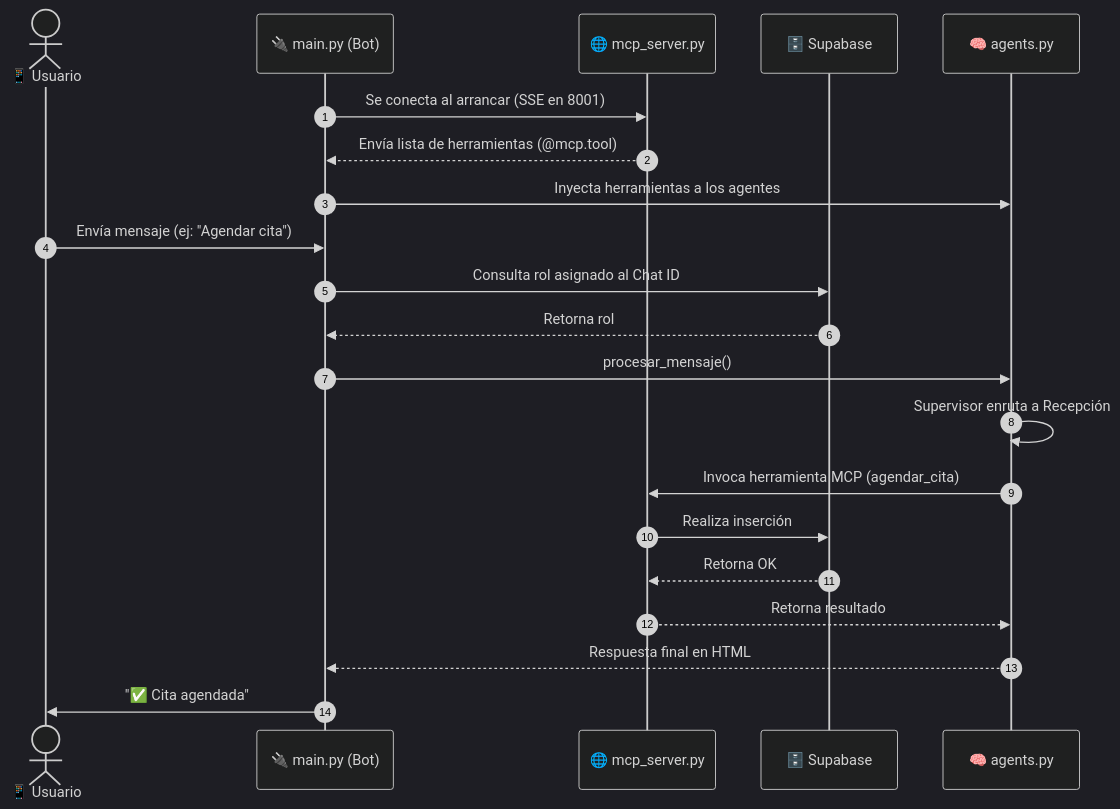
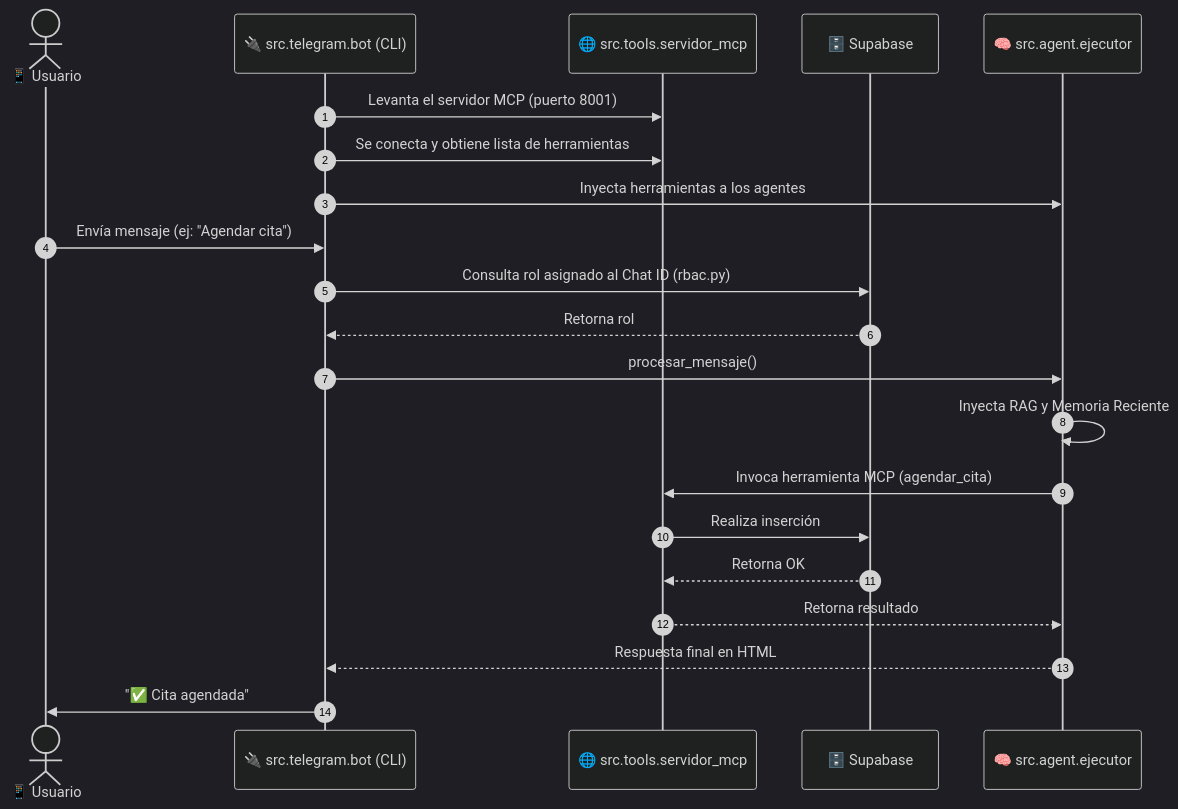
The second of 2 diagrams in doc/arquitectura_proyecto.md (IzpoDev/SMA_AutomaDent), drawn with Mermaid (dark theme) before and after one commit. The commit also changed other lines of this file and 4 other files, not shown here.

````diff
--- a/doc/arquitectura_proyecto.md
+++ b/doc/arquitectura_proyecto.md
@@ -68,24 +97,24 @@
 ```mermaid
 sequenceDiagram
     autonumber
     actor Usuario as 📱 Usuario
-    participant Main as 🔌 main.py (Bot)
-    participant MCP as 🌐 mcp_server.py
+    participant Main as 🔌 src.telegram.bot (CLI)
+    participant MCP as 🌐 src.tools.servidor_mcp
     participant DB as 🗄️ Supabase
-    participant SMA as 🧠 agents.py
+    participant SMA as 🧠 src.agent.ejecutor
     
-    Main->>MCP: Se conecta al arrancar (SSE en 8001)
-    MCP-->>Main: Envía lista de herramientas (@mcp.tool)
+    Main->>MCP: Levanta el servidor MCP (puerto 8001)
+    Main->>MCP: Se conecta y obtiene lista de herramientas
     Main->>SMA: Inyecta herramientas a los agentes
     Usuario->>Main: Envía mensaje (ej: "Agendar cita")
-    Main->>DB: Consulta rol asignado al Chat ID
+    Main->>DB: Consulta rol asignado al Chat ID (rbac.py)
     DB-->>Main: Retorna rol
     Main->>SMA: procesar_mensaje()
-    SMA->>SMA: Supervisor enruta a Recepción
+    SMA->>SMA: Inyecta RAG y Memoria Reciente
     SMA->>MCP: Invoca herramienta MCP (agendar_cita)
     MCP->>DB: Realiza inserción
     DB-->>MCP: Retorna OK
     MCP-->>SMA: Retorna resultado
     SMA-->>Main: Respuesta final en HTML
     Main->>Usuario: "✅ Cita agendada"
 ```
````
